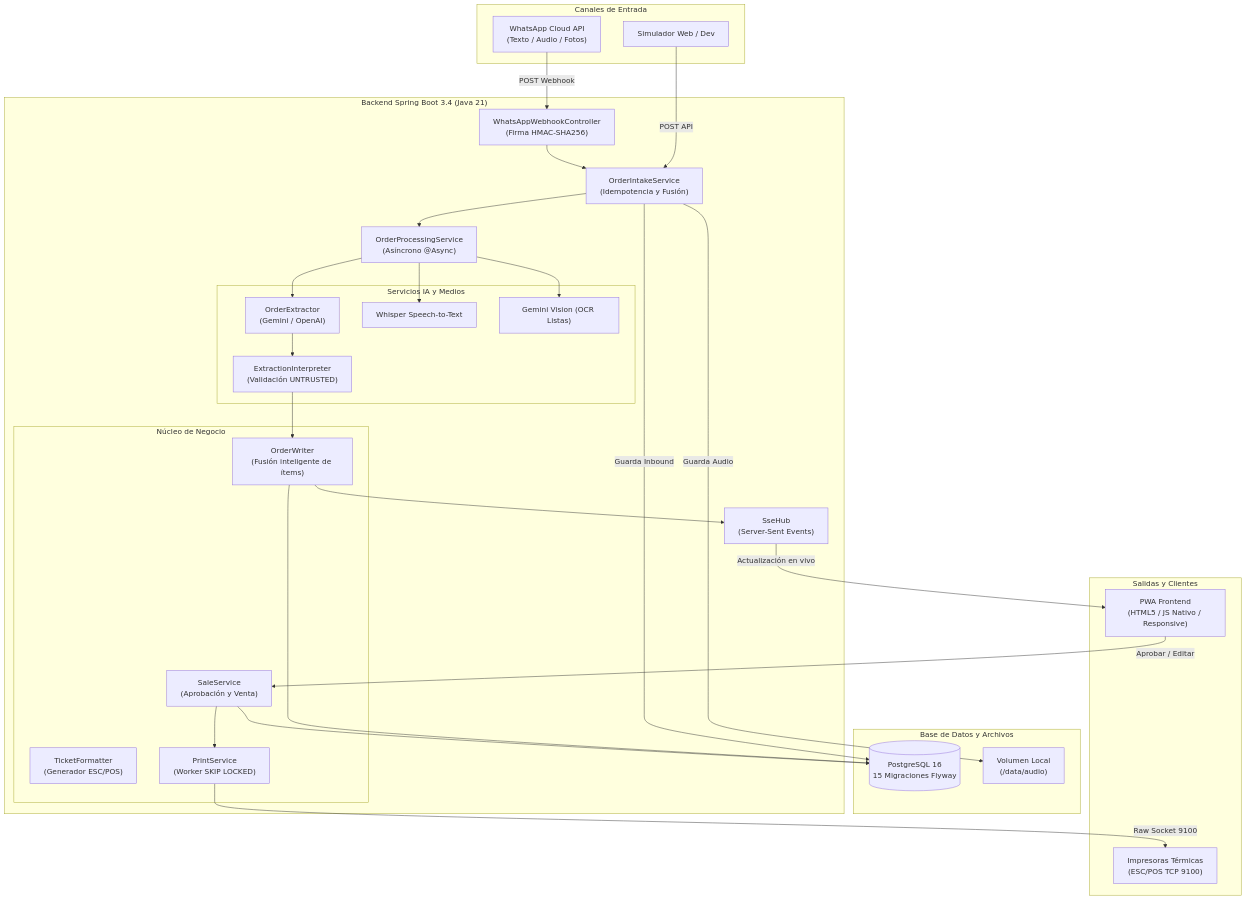
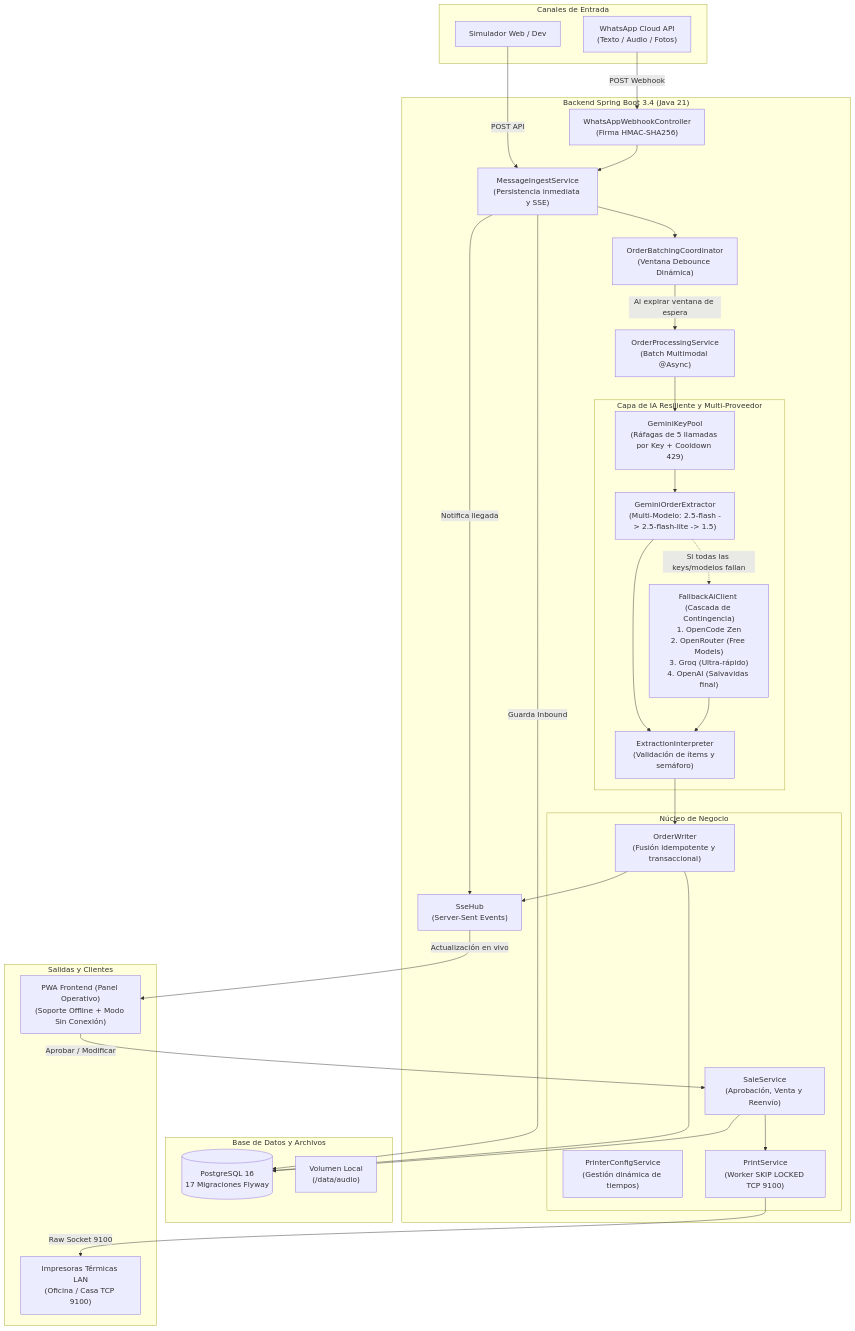
The diagram in DOCUMENTACION.md (sekeiryuutei/FruverCopilot), drawn with Mermaid before and after one commit. The commit also changed other lines of this file and 7 other files, not shown here.

Commit message:
docs(ai): documentacion de cascada, capacidad de 18k pedidos/dia, debounce dinamico y pruebas de saturacion

````diff
--- a/DOCUMENTACION.md
+++ b/DOCUMENTACION.md
@@ -53,58 +53,61 @@
 ```mermaid
 flowchart TD
     subgraph Canales["Canales de Entrada"]
         WA["WhatsApp Cloud API\n(Texto / Audio / Fotos)"]
         SIM["Simulador Web / Dev"]
     end
 
     subgraph Backend["Backend Spring Boot 3.4 (Java 21)"]
         WH["WhatsAppWebhookController\n(Firma HMAC-SHA256)"]
-        OIS["OrderIntakeService\n(Idempotencia y Fusión)"]
-        OPS["OrderProcessingService\n(Asíncrono @Async)"]
+        MIS["MessageIngestService\n(Persistencia inmediata y SSE)"]
+        OBC["OrderBatchingCoordinator\n(Ventana Debounce Dinámica)"]
+        OPS["OrderProcessingService\n(Batch Multimodal @Async)"]
         
-        subgraph MotorIA["Servicios IA y Medios"]
-            LLM["OrderExtractor\n(Gemini / OpenAI)"]
-            STT["Whisper Speech-to-Text"]
-            OCR["Gemini Vision (OCR Listas)"]
-            INTERP["ExtractionInterpreter\n(Validación UNTRUSTED)"]
+        subgraph MotorIA["Capa de IA Resiliente y Multi-Proveedor"]
+            GKP["GeminiKeyPool\n(Ráfagas de 5 llamadas por Key + Cooldown 429)"]
+            GEM["GeminiOrderExtractor\n(Multi-Modelo: 2.5-flash -> 2.5-flash-lite -> 1.5)"]
+            FALL["FallbackAiClient (Cascada de Contingencia)\n1. OpenCode Zen\n2. OpenRouter (Free Models)\n3. Groq (Ultra-rápido)\n4. OpenAI (Salvavidas final)"]
+            INTERP["ExtractionInterpreter\n(Validación de ítems y semáforo)"]
         end
 
         subgraph Nucleo["Núcleo de Negocio"]
-            OW["OrderWriter\n(Fusión inteligente de ítems)"]
-            SS["SaleService\n(Aprobación y Venta)"]
-            TF["TicketFormatter\n(Generador ESC/POS)"]
-            PS["PrintService\n(Worker SKIP LOCKED)"]
+            OW["OrderWriter\n(Fusión idempotente y transaccional)"]
+            SS["SaleService\n(Aprobación, Venta y Reenvío)"]
+            PCS["PrinterConfigService\n(Gestión dinámica de tiempos)"]
+            PS["PrintService\n(Worker SKIP LOCKED TCP 9100)"]
         end
 
         SSE["SseHub\n(Server-Sent Events)"]
     end
 
     subgraph Almacenamiento["Base de Datos y Archivos"]
-        PG[("PostgreSQL 16\n15 Migraciones Flyway")]
+        PG[("PostgreSQL 16\n17 Migraciones Flyway")]
         VOL["Volumen Local\n(/data/audio)"]
     end
 
     subgraph Salidas["Salidas y Clientes"]
-        PWA["PWA Frontend\n(HTML5 / JS Nativo / Responsive)"]
-        PRN["Impresoras Térmicas\n(ESC/POS TCP 9100)"]
+        PWA["PWA Frontend (Panel Operativo)\n(Soporte Offline + Modo Sin Conexión)"]
+        PRN["Impresoras Térmicas LAN\n(Oficina / Casa TCP 9100)"]
     end
 
     WA -->|POST Webhook| WH
-    SIM -->|POST API| OIS
-    WH --> OIS
-    OIS -->|Guarda Inbound| PG
-    OIS -->|Guarda Audio| VOL
-    OIS --> OPS
-    OPS --> STT
-    OPS --> OCR
-    OPS --> LLM
-    LLM --> INTERP
+    SIM -->|POST API| MIS
+    WH --> MIS
+    MIS -->|Guarda Inbound| PG
+    MIS -->|Notifica llegada| SSE
+    MIS --> OBC
+    OBC -->|Al expirar ventana de espera| OPS
+    OPS --> GKP
+    GKP --> GEM
+    GEM -.->|Si todas las keys/modelos fallan| FALL
+    GEM --> INTERP
+    FALL --> INTERP
     INTERP --> OW
     OW --> PG
     OW --> SSE
     SSE -->|Actualización en vivo| PWA
-    PWA -->|Aprobar / Editar| SS
+    PWA -->|Aprobar / Modificar| SS
     SS --> PG
     SS --> PS
     PS -->|Raw Socket 9100| PRN
 ```
````
